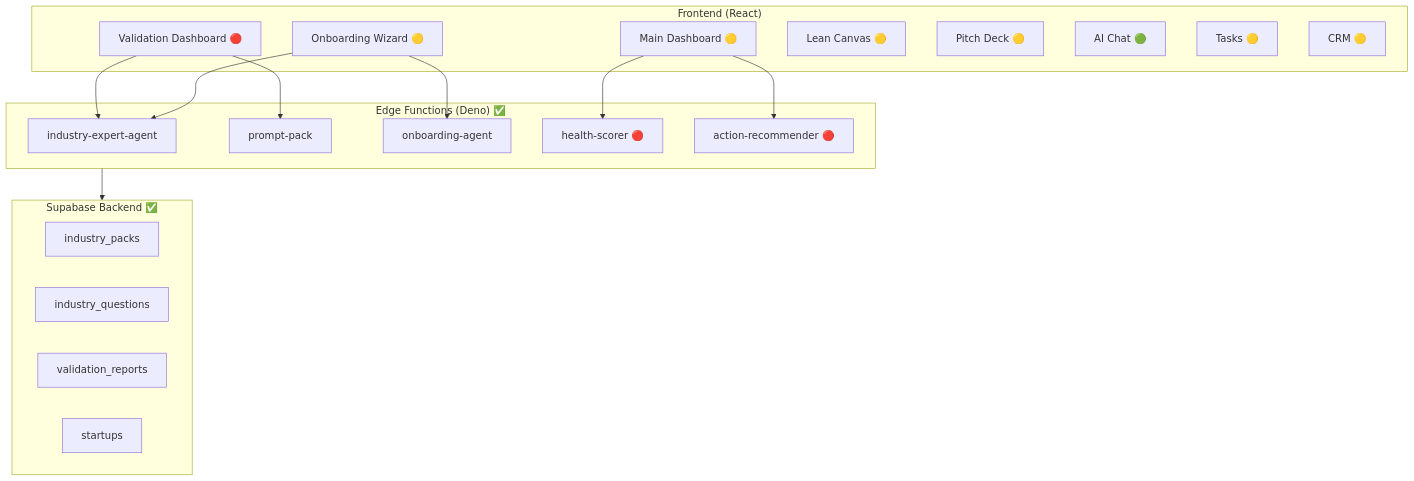
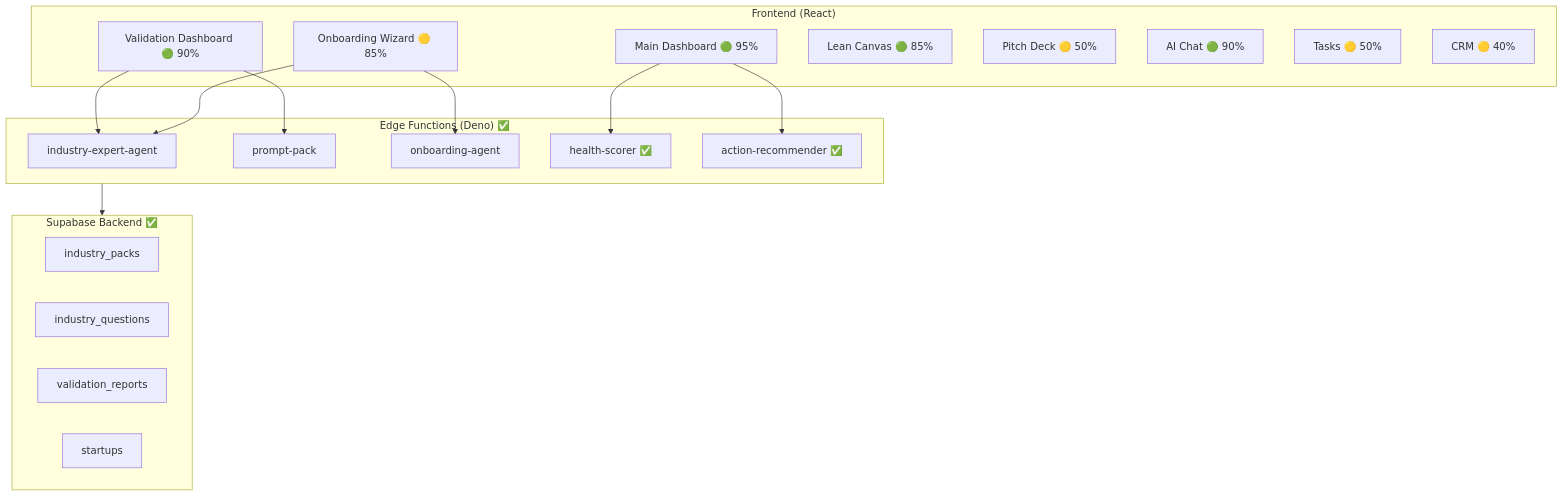
Before and after one commit to amo-tech-ai/rocket-path-ai: the first of 2 diagrams in docs/tasks/01-playbooks/00-progress-tracker.md, drawn with Mermaid. The commit also changed other lines of this file and 7 other files, not shown here.

````diff
--- a/docs/tasks/01-playbooks/00-progress-tracker.md
+++ b/docs/tasks/01-playbooks/00-progress-tracker.md
@@ -89,36 +104,36 @@
 ```mermaid
 flowchart TB
     subgraph Frontend["Frontend (React)"]
-        OW["Onboarding Wizard 🟡"]
-        MD["Main Dashboard 🟡"]
-        VD["Validation Dashboard 🔴"]
-        LC["Lean Canvas 🟡"]
-        PD["Pitch Deck 🟡"]
-        AC["AI Chat 🟢"]
-        TM["Tasks 🟡"]
-        CRM["CRM 🟡"]
+        OW["Onboarding Wizard 🟡 85%"]
+        MD["Main Dashboard 🟢 95%"]
+        VD["Validation Dashboard 🟢 90%"]
+        LC["Lean Canvas 🟢 85%"]
+        PD["Pitch Deck 🟡 50%"]
+        AC["AI Chat 🟢 90%"]
+        TM["Tasks 🟡 50%"]
+        CRM["CRM 🟡 40%"]
     end
     
     subgraph EdgeFunctions["Edge Functions (Deno) ✅"]
         IEA["industry-expert-agent"]
         PP["prompt-pack"]
         OA["onboarding-agent"]
-        HS["health-scorer 🔴"]
-        AR["action-recommender 🔴"]
+        HS["health-scorer ✅"]
+        AR["action-recommender ✅"]
     end
     
     subgraph Supabase["Supabase Backend ✅"]
         IP["industry_packs"]
         IQ["industry_questions"]
         VR["validation_reports"]
         ST["startups"]
     end
     
     OW --> OA
     OW --> IEA
     MD --> HS
     MD --> AR
     VD --> PP
     VD --> IEA
     EdgeFunctions --> Supabase
 ```
````
